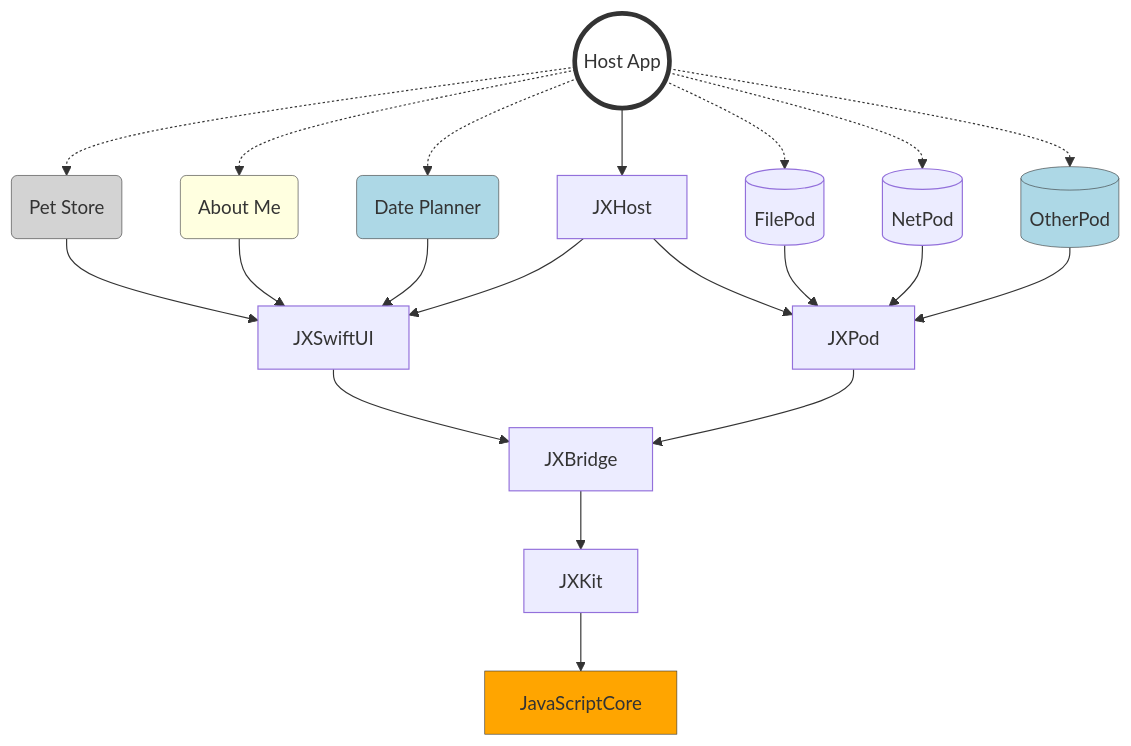
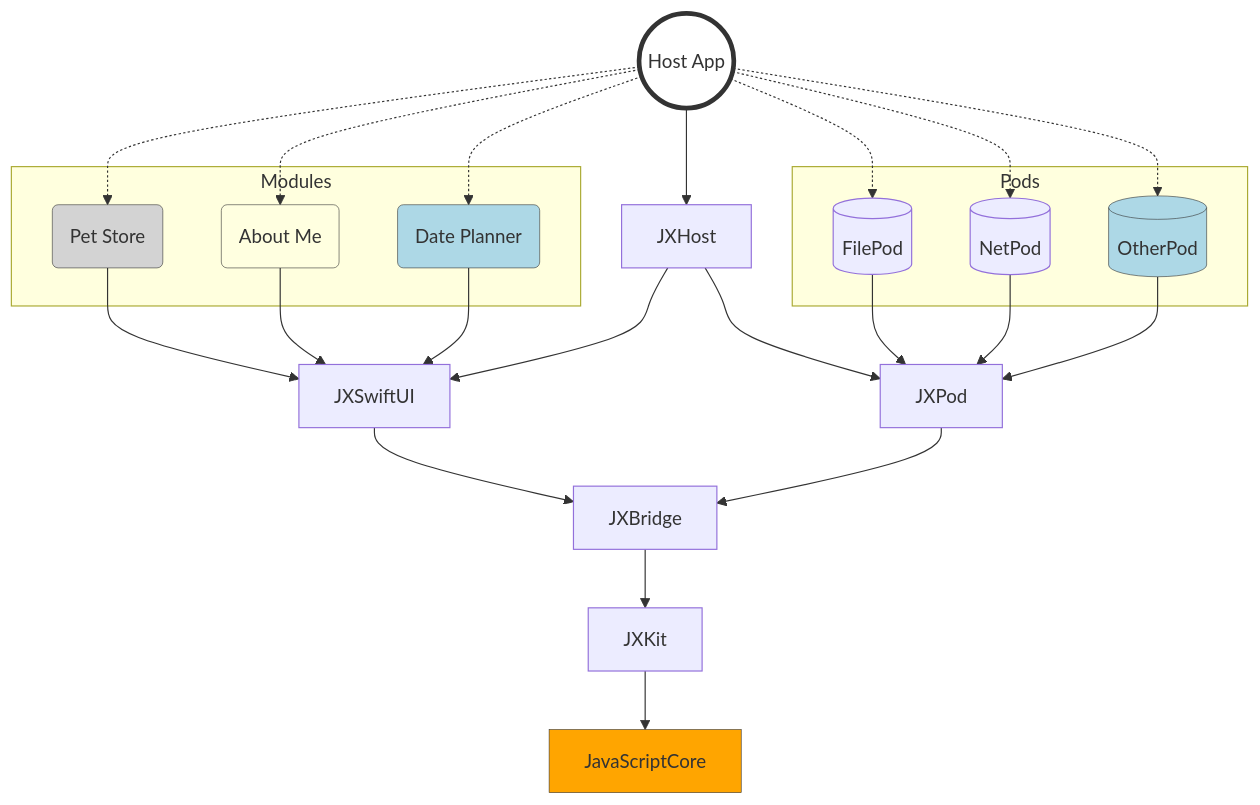
Before and after one commit to jectivex/JXHost: the first of 2 diagrams in README.md, drawn with Mermaid. The commit also changed other lines of this file, not shown here.

````diff
--- a/README.md
+++ b/README.md
@@ -3,49 +3,61 @@
 ```mermaid
 flowchart TB
     HostApp((Host App)) -.-> PetStoreModule(Pet Store)
     HostApp -.-> AboutMeModule(About Me)
     HostApp -.-> DatePlannerModule(Date Planner)
     
     HostApp --> JXHost
     
+    subgraph Modules
+      PetStoreModule
+      AboutMeModule
+      DatePlannerModule
+    end
+
     PetStoreModule --> JXSwiftUI
     AboutMeModule --> JXSwiftUI
     DatePlannerModule --> JXSwiftUI
-    
+
     JXHost --> JXSwiftUI
     JXHost --> JXPod
     JXPod --> JXBridge
     
     HostApp -.-> FilePod[(FilePod)]
     HostApp -.-> NetPod[(NetPod)]
     HostApp -.-> OtherPod[(OtherPod)]
     
+    subgraph Pods
+      FilePod
+      NetPod
+      OtherPod
+    end
+
     FilePod --> JXPod
     NetPod --> JXPod
     OtherPod --> JXPod
-    
+
     JXSwiftUI --> JXBridge
     JXBridge --> JXKit
     
     JXKit --> JavaScriptCore[JavaScriptCore]
 
 classDef HostApp fill:white,stroke:#333,stroke-width:4px
 class HostApp HostApp
 
 classDef gray fill:lightgray,stroke:#333,stroke-width:0.5px
 classDef yellow fill:lightyellow,stroke:#333,stroke-width:0.5px
 classDef blue fill:lightblue,stroke:#333,stroke-width:0.5px
 
 class PetStoreModule gray
 class AboutMeModule yellow
 class DatePlannerModule blue
 
 classDef OtherPod fill:lightblue,stroke:#333,stroke-width:0.5px
 class OtherPod OtherPod
 
 classDef JavaScriptCore fill:orange,stroke:#333,stroke-width:0.5px
 class JavaScriptCore JavaScriptCore
 
 class di orange
 
 ```
````
